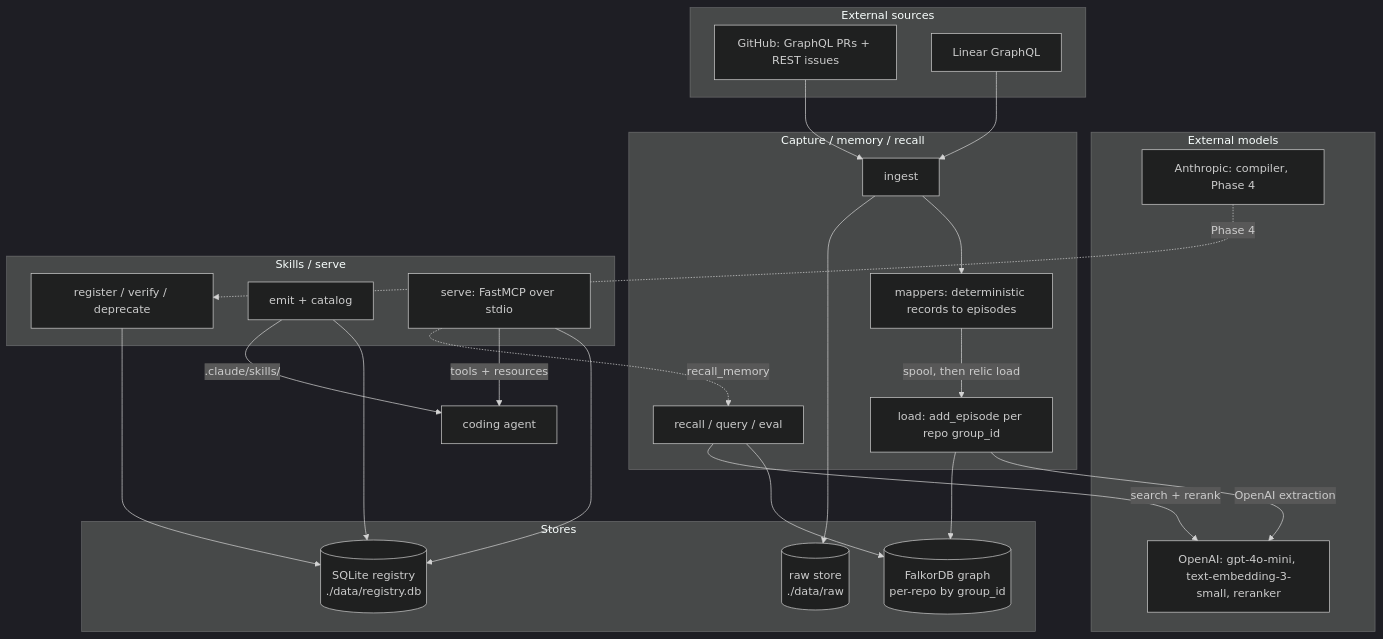
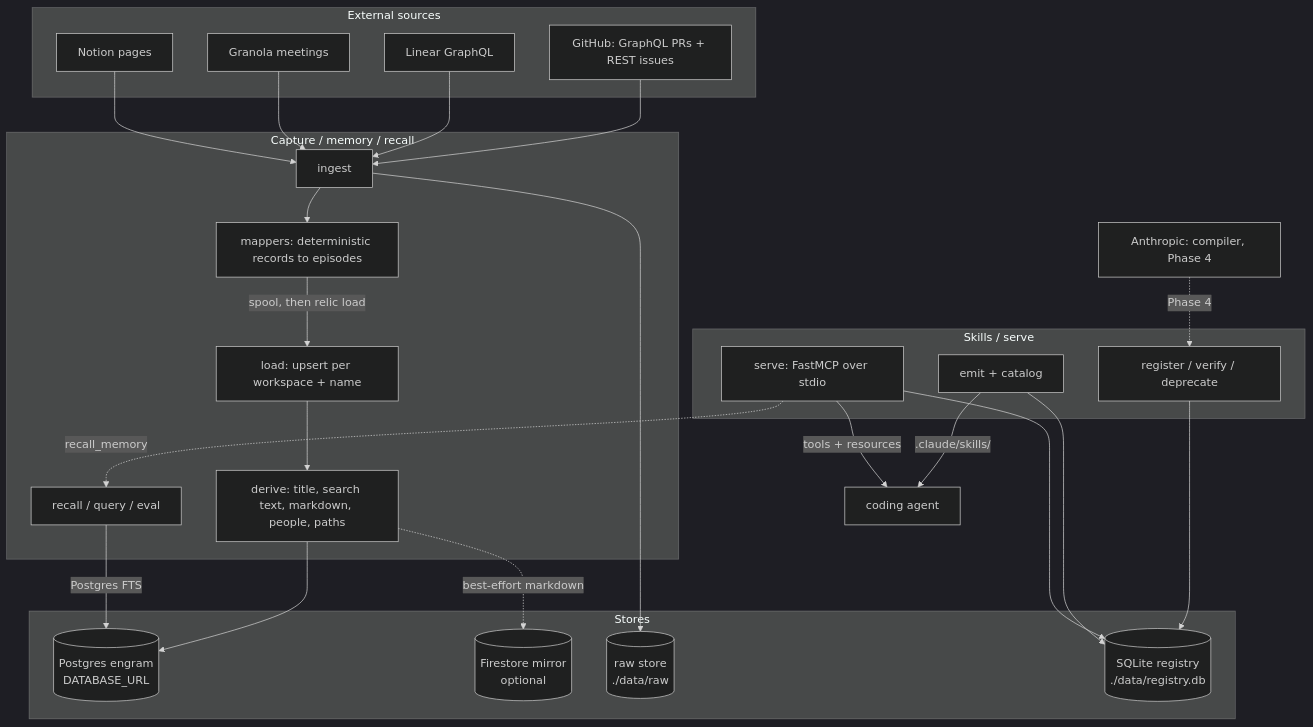
The diagram in docs/architecture.mdx (buildrelic/relic-core), drawn with Mermaid (dark theme) before and after one commit. The commit also changed other lines of this file and 61 other files, not shown here.

````diff
--- a/docs/architecture.mdx
+++ b/docs/architecture.mdx
@@ -69,50 +73,52 @@
 ```mermaid
 flowchart TB
     subgraph sources [External sources]
         GH[GitHub: GraphQL PRs + REST issues]
         LN[Linear GraphQL]
-    end
-
-    subgraph models [External models]
-        OAI[OpenAI: gpt-4o-mini, text-embedding-3-small, reranker]
-        ANT[Anthropic: compiler, Phase 4]
+        GRN[Granola meetings]
+        NO[Notion pages]
     end
 
     subgraph capture [Capture / memory / recall]
         ING[ingest]
         MAP[mappers: deterministic records to episodes]
-        LOAD[load: add_episode per repo group_id]
+        LOAD[load: upsert per workspace + name]
+        DER[derive: title, search text, markdown, people, paths]
         REC[recall / query / eval]
     end
 
     subgraph stores [Stores]
-        FALKOR[(FalkorDB graph<br/>per-repo by group_id)]
+        PG[(Postgres engram<br/>DATABASE_URL)]
+        FS[(Firestore mirror<br/>optional)]
         RAW[(raw store<br/>./data/raw)]
         REG[(SQLite registry<br/>./data/registry.db)]
     end
 
     subgraph serve [Skills / serve]
         LIFE[register / verify / deprecate]
         EMIT[emit + catalog]
         MCP[serve: FastMCP over stdio]
     end
 
     AGENT[coding agent]
+    ANT[Anthropic: compiler, Phase 4]
 
     GH --> ING
     LN --> ING
+    GRN --> ING
+    NO --> ING
     ING --> MAP -->|spool, then relic load| LOAD
     ING --> RAW
-    LOAD -->|OpenAI extraction| OAI
-    LOAD --> FALKOR
-    REC --> FALKOR
-    REC -->|search + rerank| OAI
+    LOAD --> DER
+    DER --> PG
+    DER -.->|best-effort markdown| FS
+    REC -->|Postgres FTS| PG
 
     LIFE --> REG
     EMIT --> REG
     MCP --> REG
     EMIT -->|.claude/skills/| AGENT
     MCP -->|tools + resources| AGENT
     MCP -. recall_memory .-> REC
     ANT -.->|Phase 4| LIFE
 ```
````
